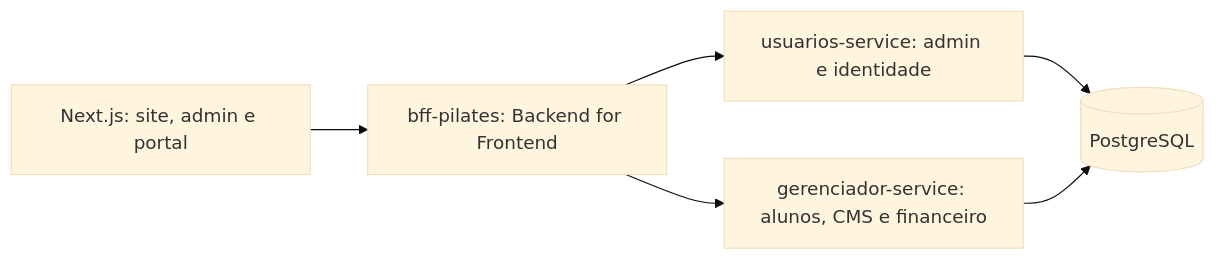
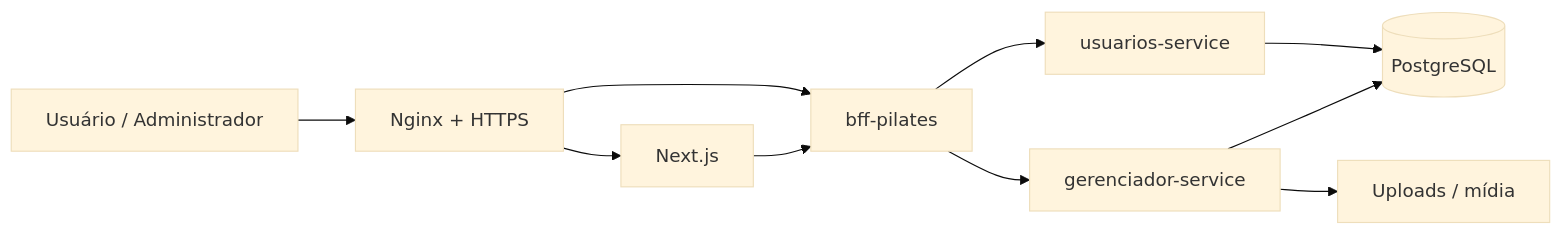
The diagram in README.md (JhonathanDominick/rockepilates), drawn with Mermaid (base theme) before and after one commit. The commit also changed other lines of this file, not shown here.

````diff
--- a/README.md
+++ b/README.md
@@ -32,8 +111,17 @@
 ```mermaid
 flowchart LR
-    UI["Next.js: site, admin e portal"] --> BFF["bff-pilates: Backend for Frontend"]
-    BFF --> USR["usuarios-service: admin e identidade"]
-    BFF --> GER["gerenciador-service: alunos, CMS e financeiro"]
+    USER["Usuário / Administrador"] --> NGINX["Nginx + HTTPS"]
+
+    NGINX --> WEB["Next.js"]
+    NGINX --> BFF["bff-pilates"]
+
+    WEB --> BFF
+
+    BFF --> USR["usuarios-service"]
+    BFF --> GER["gerenciador-service"]
+
     USR --> PG[(PostgreSQL)]
     GER --> PG
+
+    GER --> MEDIA["Uploads / mídia"]
 ```
````
